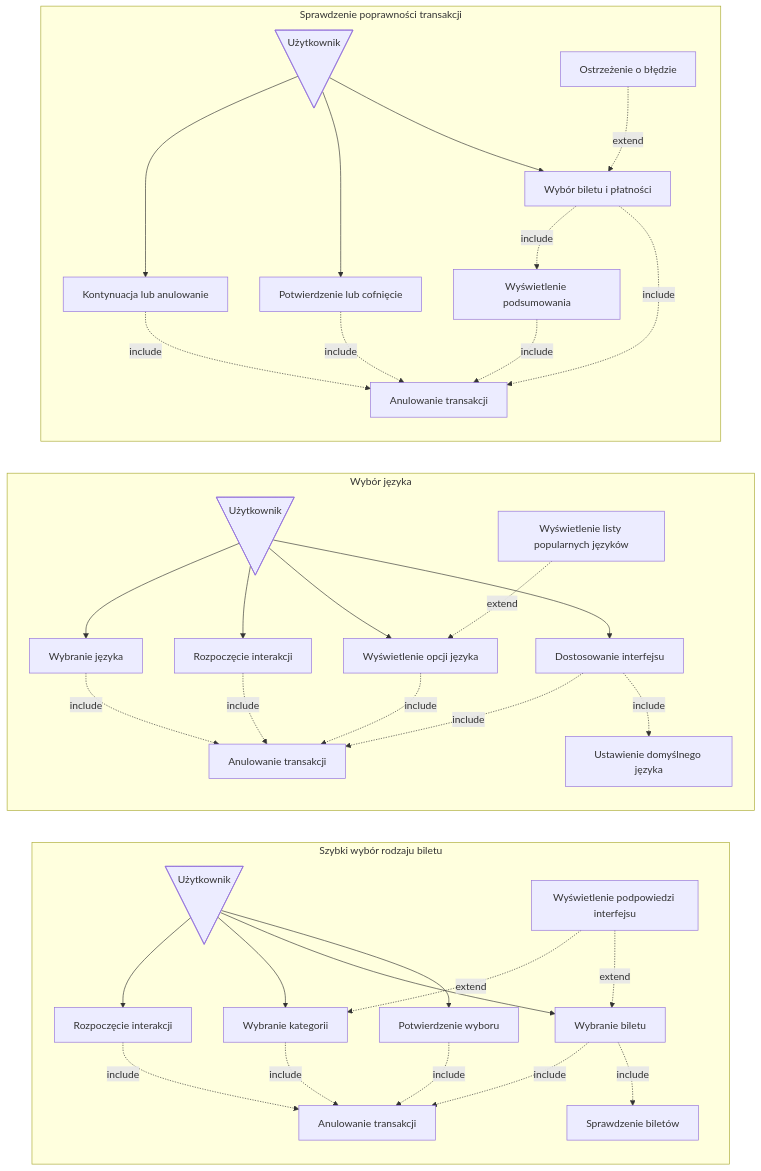
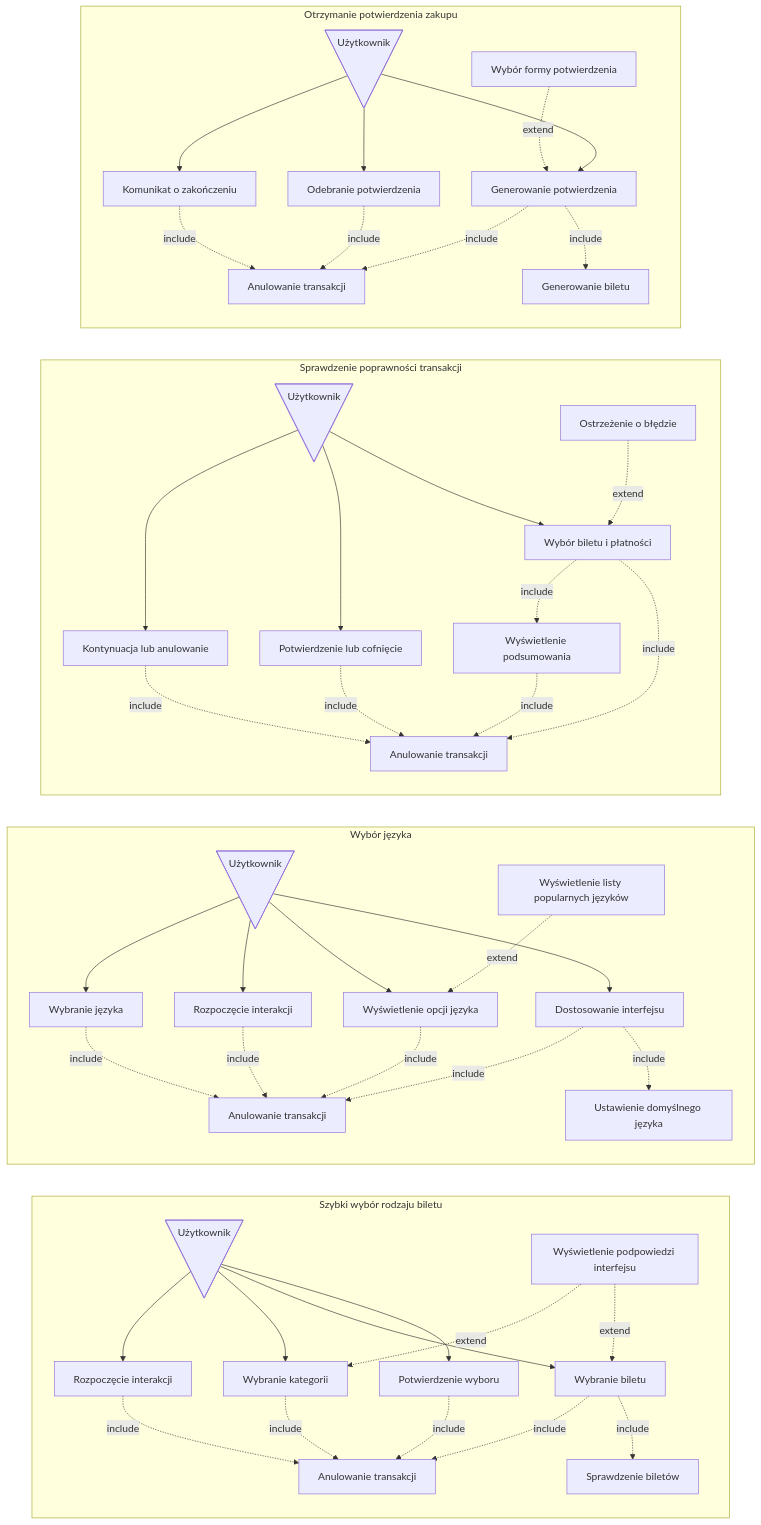
The first of 2 diagrams in userstories/user.md (MarcinMarszewski/dowolna_nazwa), drawn with Mermaid before and after one commit.

Commit message:
Update user.md Otrzymanie potwierdzenia zakupu

````diff
--- a/userstories/user.md
+++ b/userstories/user.md
@@ -77,4 +77,23 @@
   uc7-. extend .-> uc1
   
   end
+  subgraph "Otrzymanie potwierdzenia zakupu"
+  D@{ shape: manual-file, label: "Użytkownik" }
+  u1[Generowanie potwierdzenia]
+  u2[Odebranie potwierdzenia]
+  u3[Komunikat o zakończeniu]
+  u4[Anulowanie transakcji]
+  u5[Generowanie biletu]
+  u6[Wybór formy potwierdzenia]
+
+  D --> u1
+  D --> u2
+  D --> u3
+  u1-. include .-> u4
+  u2-. include .-> u4
+  u3-. include .-> u4
+  u1-. include .-> u5
+  u6-. extend .-> u1
+
+  end
 ```
````
